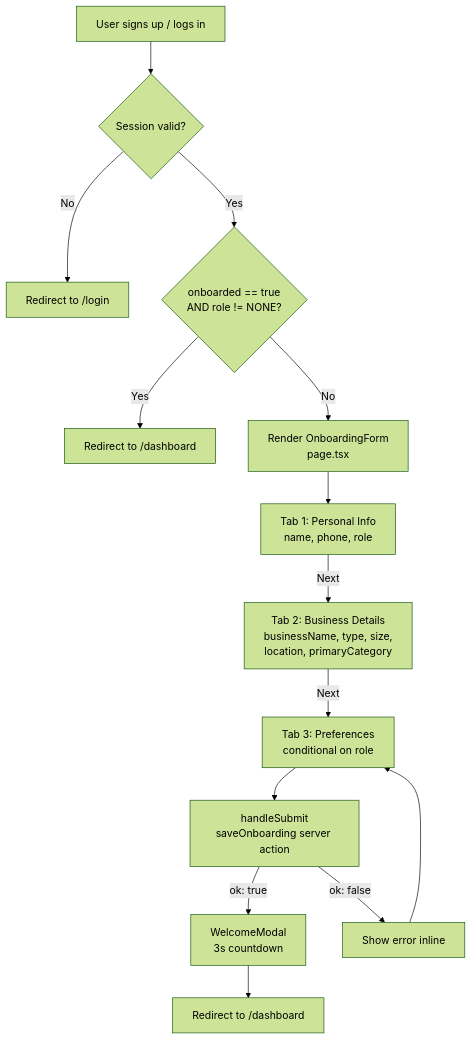
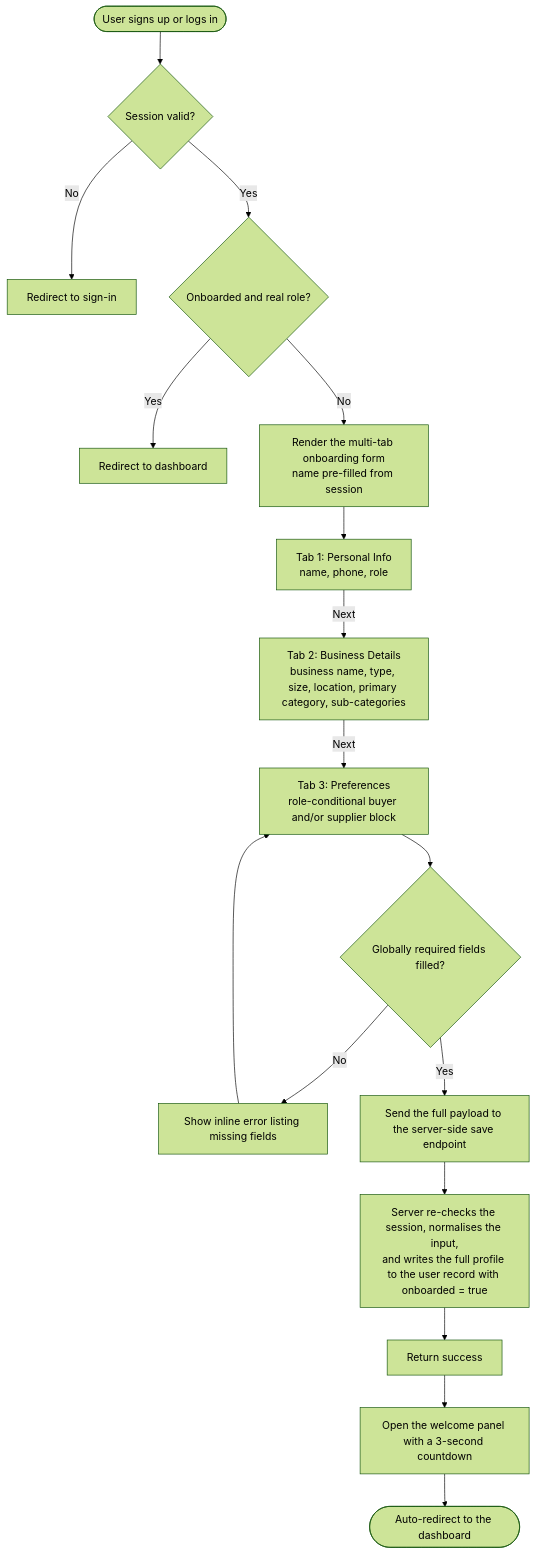
Before and after one commit to k-md-mahi/Optizive: the diagram in docs/onboarding.md, drawn with Mermaid (forest theme). The commit also changed other lines of this file and 1 other file, not shown here.

````diff
--- a/docs/onboarding.md
+++ b/docs/onboarding.md
@@ -50,16 +221,22 @@
 ```mermaid
-flowchart TD
-    A[User signs up / logs in] --> B{Session valid?}
-    B -- No --> Z[Redirect to /login]
-    B -- Yes --> C{onboarded == true<br/>AND role != NONE?}
-    C -- Yes --> D[Redirect to /dashboard]
-    C -- No --> E[Render OnboardingForm<br/>page.tsx]
-    E --> F[Tab 1: Personal Info<br/>name, phone, role]
-    F -->|Next| G[Tab 2: Business Details<br/>businessName, type, size,<br/>location, primaryCategory]
-    G -->|Next| H[Tab 3: Preferences<br/>conditional on role]
-    H --> I[handleSubmit<br/>saveOnboarding server action]
-    I -->|ok: true| J[WelcomeModal<br/>3s countdown]
-    J --> K[Redirect to /dashboard]
-    I -->|ok: false| L[Show error inline]
-    L --> H
+flowchart TB
+    A([User signs up or logs in]) --> B{Session valid?}
+    B -- No  --> C[Redirect to sign-in]
+    B -- Yes --> D{Onboarded and real role?}
+    D -- Yes --> E[Redirect to dashboard]
+    D -- No  --> F[Render the multi-tab onboarding form<br/>name pre-filled from session]
+
+    F --> G[Tab 1: Personal Info<br/>name, phone, role]
+    G -->|Next| H[Tab 2: Business Details<br/>business name, type, size, location, primary category, sub-categories]
+    H -->|Next| I[Tab 3: Preferences<br/>role-conditional buyer and/or supplier block]
+
+    I --> J{Globally required fields filled?}
+    J -- No  --> K[Show inline error listing missing fields]
+    K --> I
+    J -- Yes --> L[Send the full payload to the server-side save endpoint]
+
+    L --> M[Server re-checks the session, normalises the input,<br/>and writes the full profile to the user record with onboarded = true]
+    M --> N[Return success]
+    N --> O[Open the welcome panel with a 3-second countdown]
+    O --> P([Auto-redirect to the dashboard])
 ```
````
